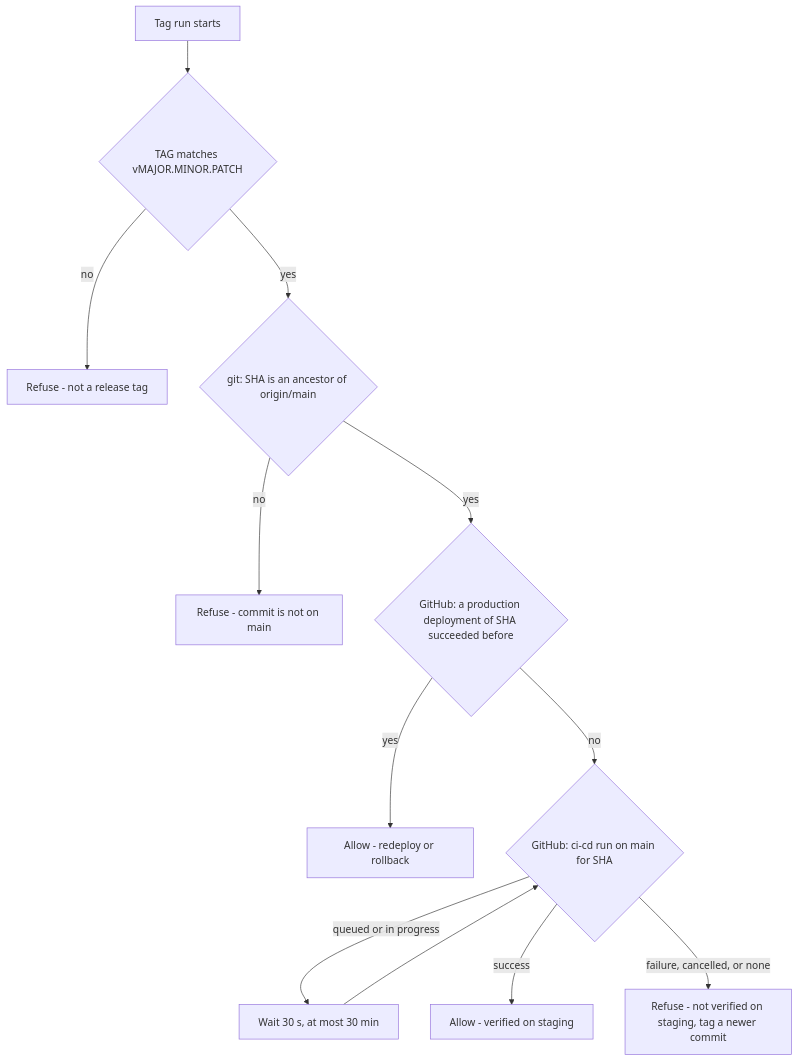
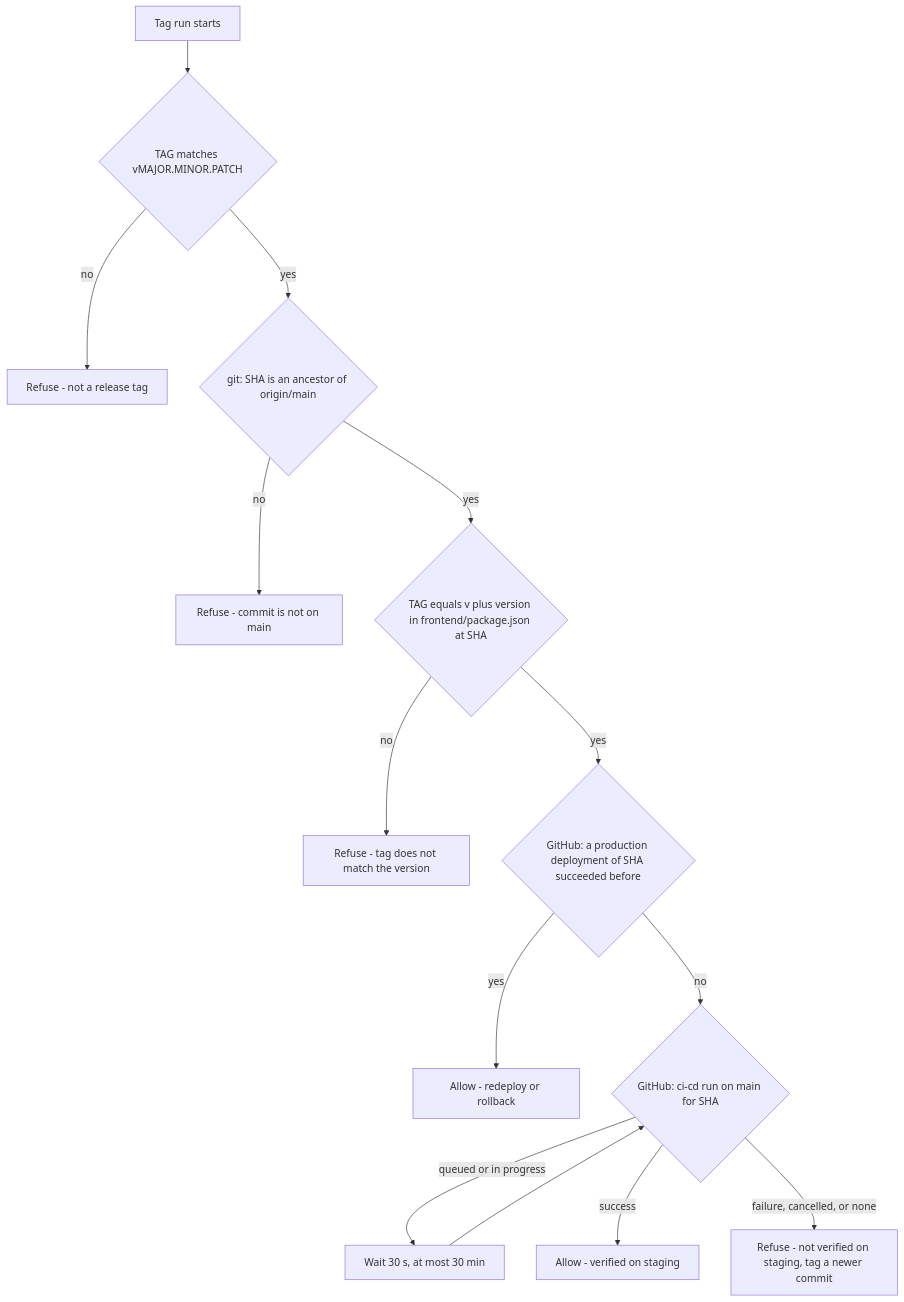
One commit to HyHyZhaLee/portfolio changed the fourth of 4 diagrams in docs/plans/platform/PF-027-staging-pipeline.md. Above: the diagram before and after it, drawn with Mermaid. The commit also changed other lines of this file and 16 other files, not shown here.

First line of the commit message:
feat(PF-027): define the site version in frontend/package.json (#37)

````diff
--- a/docs/plans/platform/PF-027-staging-pipeline.md
+++ b/docs/plans/platform/PF-027-staging-pipeline.md
@@ -311,13 +311,15 @@
 ```mermaid
 flowchart TD
     S["Tag run starts"] --> F{"TAG matches vMAJOR.MINOR.PATCH"}
     F -- no --> X1["Refuse - not a release tag"]
     F -- yes --> M{"git: SHA is an ancestor of origin/main"}
     M -- no --> X2["Refuse - commit is not on main"]
-    M -- yes --> P{"GitHub: a production deployment of SHA succeeded before"}
+    M -- yes --> V{"TAG equals v plus version in frontend/package.json at SHA"}
+    V -- no --> X4["Refuse - tag does not match the version"]
+    V -- yes --> P{"GitHub: a production deployment of SHA succeeded before"}
     P -- yes --> OK1["Allow - redeploy or rollback"]
     P -- no --> R{"GitHub: ci-cd run on main for SHA"}
     R -- "queued or in progress" --> W["Wait 30 s, at most 30 min"] --> R
     R -- success --> OK2["Allow - verified on staging"]
     R -- "failure, cancelled, or none" --> X3["Refuse - not verified on staging, tag a newer commit"]
 ```
````
